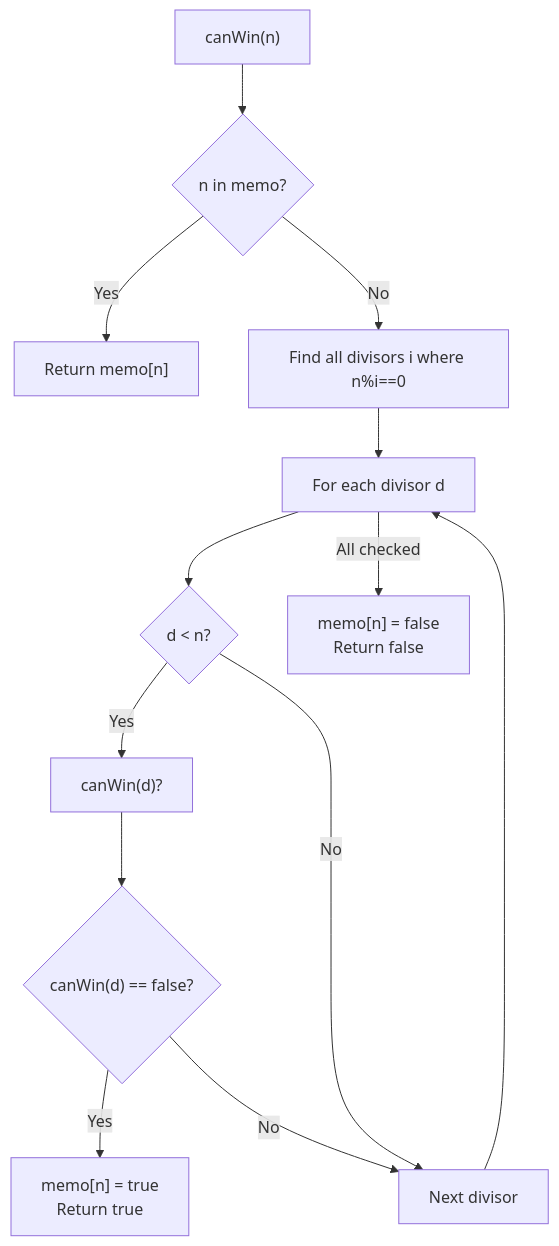
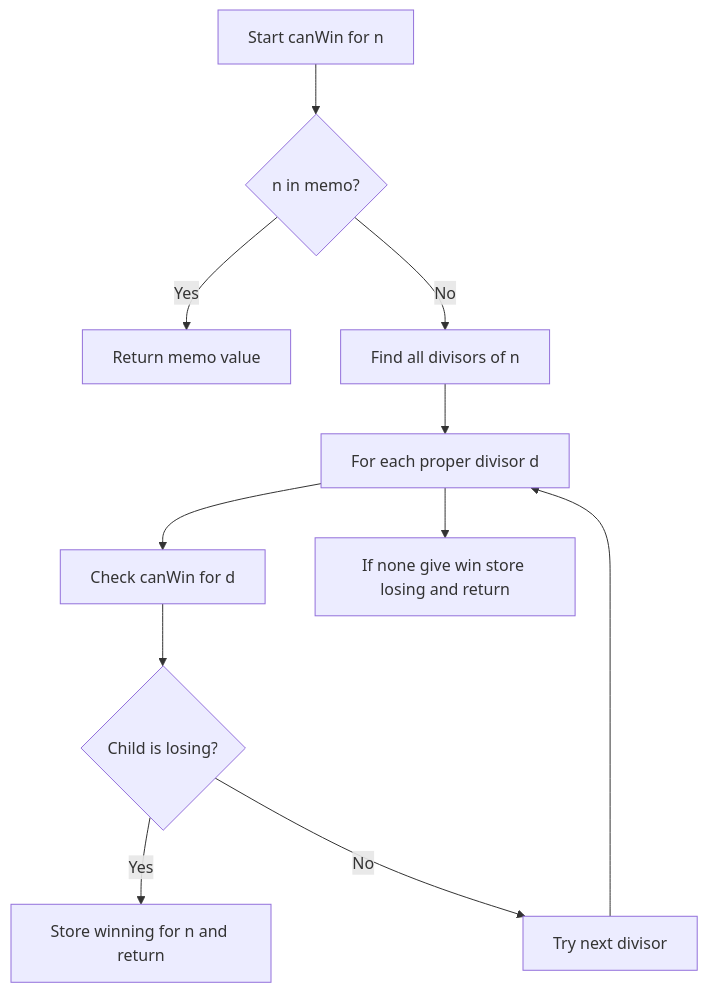
Before and after one commit to GundalaNikhil/DSA: the diagram in dsa-problems/GameTheory/editorials/GMT-006-divisor-turn-game.md, drawn with Mermaid. The commit also changed other lines of this file and 429 other files, not shown here.

````diff
--- a/dsa-problems/GameTheory/editorials/GMT-006-divisor-turn-game.md
+++ b/dsa-problems/GameTheory/editorials/GMT-006-divisor-turn-game.md
@@ -57,15 +59,13 @@
 ```mermaid
 flowchart TD
-    Start["canWin(n)"] --> CheckMemo{"n in memo?"}
-    CheckMemo -->|Yes| ReturnMemo["Return memo[n]"]
-    CheckMemo -->|No| FindDivisors["Find all divisors i where n%i==0"]
-    FindDivisors --> LoopDivisors["For each divisor d"]
-    LoopDivisors --> CheckProper{"d < n?"}
-    CheckProper -->|Yes| RecurseCheck["canWin(d)?"]
-    CheckProper -->|No| NextDiv["Next divisor"]
-    RecurseCheck --> IsLosing{"canWin(d) == false?"}
-    IsLosing -->|Yes| SetWin["memo[n] = true<br/>Return true"]
-    IsLosing -->|No| NextDiv
-    NextDiv --> LoopDivisors
-    LoopDivisors -->|All checked| SetLose["memo[n] = false<br/>Return false"]
+    A[Start canWin for n] --> B{n in memo?}
+    B -- Yes --> C[Return memo value]
+    B -- No --> D[Find all divisors of n]
+    D --> E[For each proper divisor d]
+    E --> F[Check canWin for d]
+    F --> G{Child is losing?}
+    G -- Yes --> H[Store winning for n and return]
+    G -- No --> I[Try next divisor]
+    I --> E
+    E --> J[If none give win store losing and return]
 ```
````
